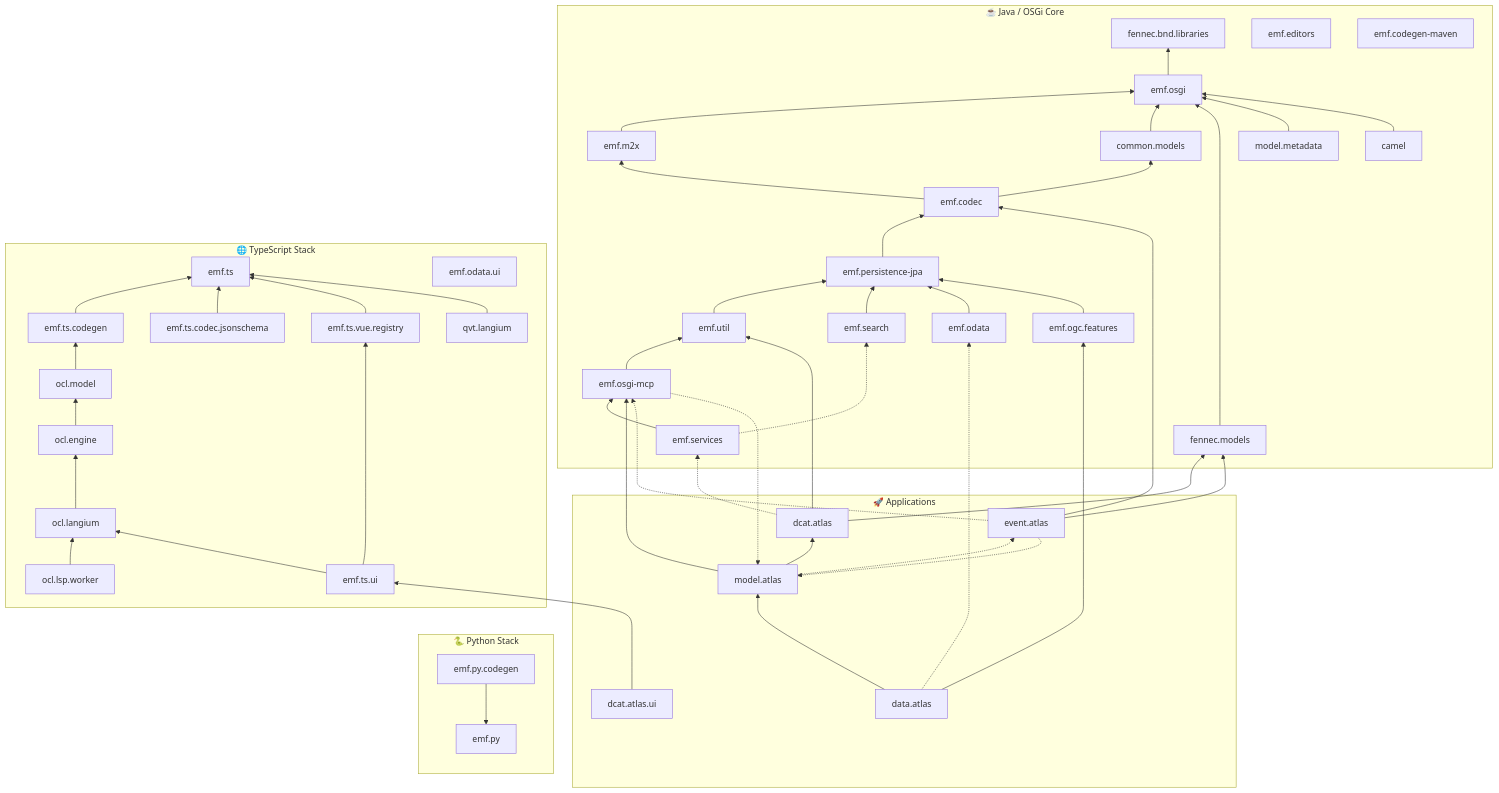
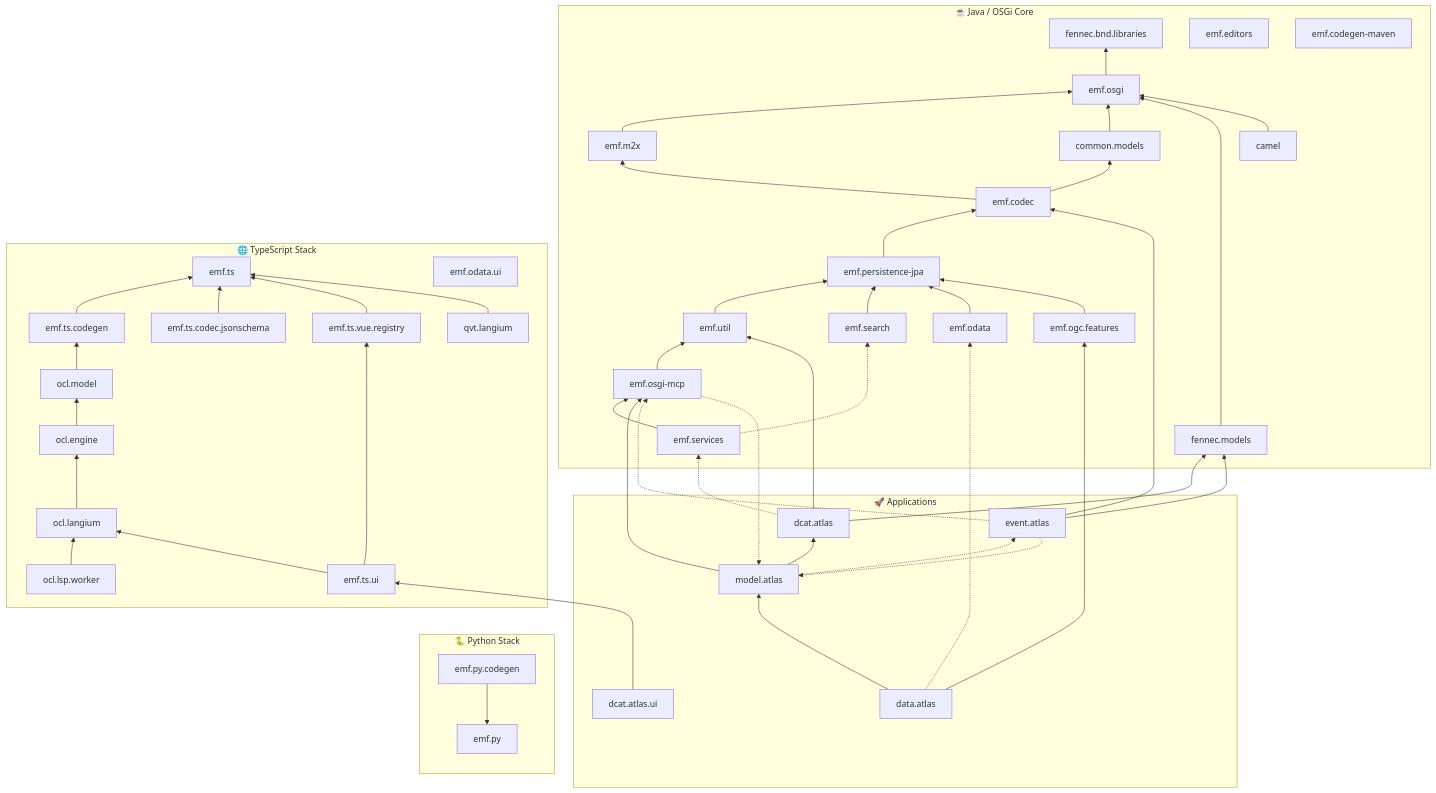
Before and after one commit to eclipse-fennec/.github: the diagram in profile/README.md, drawn with Mermaid. The commit also changed other lines of this file, not shown here.

Commit message:
docs(profile): drop outdated model.metadata project

````diff
--- a/profile/README.md
+++ b/profile/README.md
@@ -93,64 +92,63 @@
 ```mermaid
 flowchart BT
   subgraph apps["🚀 Applications"]
     model_atlas["model.atlas"]; data_atlas["data.atlas"]; dcat_atlas["dcat.atlas"]; event_atlas["event.atlas"]; dcat_atlas_ui["dcat.atlas.ui"]
   end
   subgraph java["☕ Java / OSGi Core"]
     fennec_bnd_libraries["fennec.bnd.libraries"]; emf_osgi["emf.osgi"]; emf_m2x["emf.m2x"]; emf_codec["emf.codec"]; common_models["common.models"]; fennec_models["fennec.models"]
-    model_metadata["model.metadata"]; emf_persistence_jpa["emf.persistence-jpa"]; emf_util["emf.util"]; emf_search["emf.search"]; emf_odata["emf.odata"]
+    emf_persistence_jpa["emf.persistence-jpa"]; emf_util["emf.util"]; emf_search["emf.search"]; emf_odata["emf.odata"]
     emf_ogc_features["emf.ogc.features"]; emf_osgi_mcp["emf.osgi-mcp"]; emf_services["emf.services"]; camel["camel"]; emf_editors["emf.editors"]; emf_codegen_maven["emf.codegen-maven"]
   end
   subgraph ts["🌐 TypeScript Stack"]
     emf_ts["emf.ts"]; emf_ts_codegen["emf.ts.codegen"]; emf_ts_codec_jsonschema["emf.ts.codec.jsonschema"]; emf_ts_vue_registry["emf.ts.vue.registry"]; emf_ts_ui["emf.ts.ui"]
     emf_odata_ui["emf.odata.ui"]; ocl_model["ocl.model"]; ocl_engine["ocl.engine"]; ocl_langium["ocl.langium"]; ocl_lsp_worker["ocl.lsp.worker"]; qvt_langium["qvt.langium"]
   end
   subgraph py["🐍 Python Stack"]
     emf_py["emf.py"]; emf_py_codegen["emf.py.codegen"]
   end
 
   emf_osgi --> fennec_bnd_libraries
   emf_m2x --> emf_osgi
   common_models --> emf_osgi
   fennec_models --> emf_osgi
-  model_metadata --> emf_osgi
   camel --> emf_osgi
   emf_codec --> emf_m2x
   emf_codec --> common_models
   emf_persistence_jpa --> emf_codec
   emf_util --> emf_persistence_jpa
   emf_search --> emf_persistence_jpa
   emf_odata --> emf_persistence_jpa
   emf_ogc_features --> emf_persistence_jpa
   emf_osgi_mcp --> emf_util
   emf_services --> emf_osgi_mcp
   dcat_atlas --> emf_util
   dcat_atlas --> fennec_models
   event_atlas --> emf_codec
   event_atlas --> fennec_models
   model_atlas --> dcat_atlas
   model_atlas --> emf_osgi_mcp
   data_atlas --> model_atlas
   data_atlas --> emf_ogc_features
 
   emf_ts_codegen --> emf_ts
   emf_ts_codec_jsonschema --> emf_ts
   emf_ts_vue_registry --> emf_ts
   qvt_langium --> emf_ts
   ocl_model --> emf_ts_codegen
   ocl_engine --> ocl_model
   ocl_langium --> ocl_engine
   ocl_lsp_worker --> ocl_langium
   emf_ts_ui --> emf_ts_vue_registry
   emf_ts_ui --> ocl_langium
   dcat_atlas_ui --> emf_ts_ui
 
   emf_py_codegen --> emf_py
 
   data_atlas -.-> emf_odata
   dcat_atlas -.-> emf_services
   emf_services -.-> emf_search
   emf_osgi_mcp -.-> model_atlas
   event_atlas -.-> model_atlas
   event_atlas -.-> emf_osgi_mcp
   model_atlas -.-> event_atlas
 ```
````
